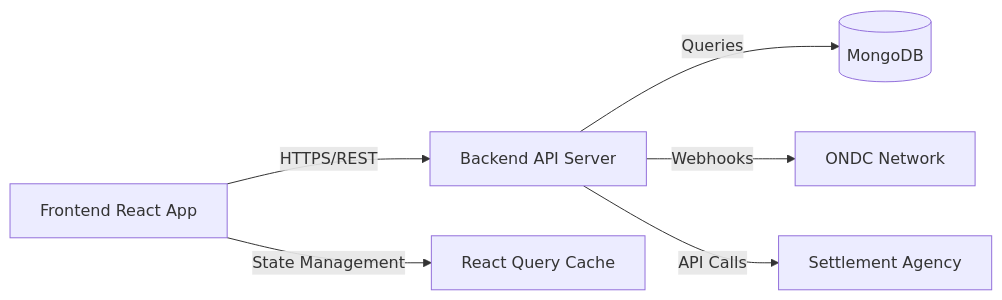
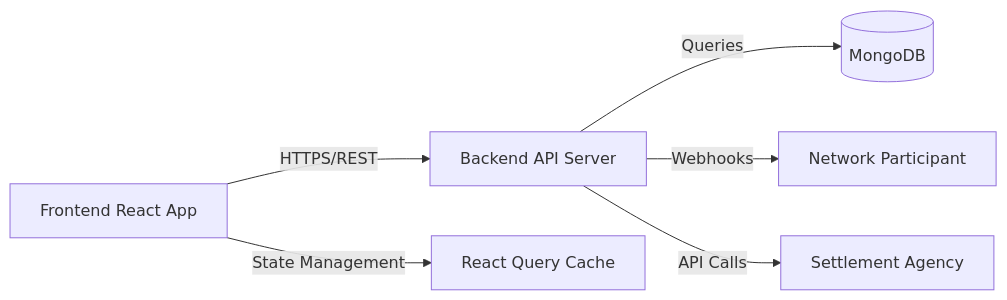
Before and after one commit to ONDC-Official/rsf-utility: the diagram in docs/02-components.md, drawn with Mermaid. The commit also changed 7 other files, not shown here.

First line of the commit message:
Enhance documentation and update architecture diagrams for RSF Utility

````diff
--- a/docs/02-components.md
+++ b/docs/02-components.md
@@ -55,8 +55,8 @@
 ```mermaid
 graph LR
     Frontend[Frontend React App] -->|HTTPS/REST| Backend[Backend API Server]
     Backend -->|Queries| MongoDB[(MongoDB)]
-    Backend -->|Webhooks| ONDC[ONDC Network]
+    Backend -->|Webhooks| NP[Network Participant]
     Backend -->|API Calls| SA[Settlement Agency]
     Frontend -->|State Management| ReactQuery[React Query Cache]
 ```
````
